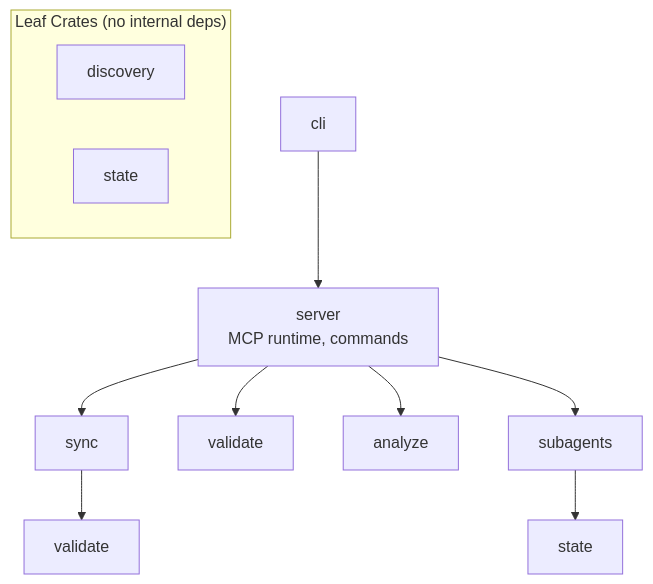
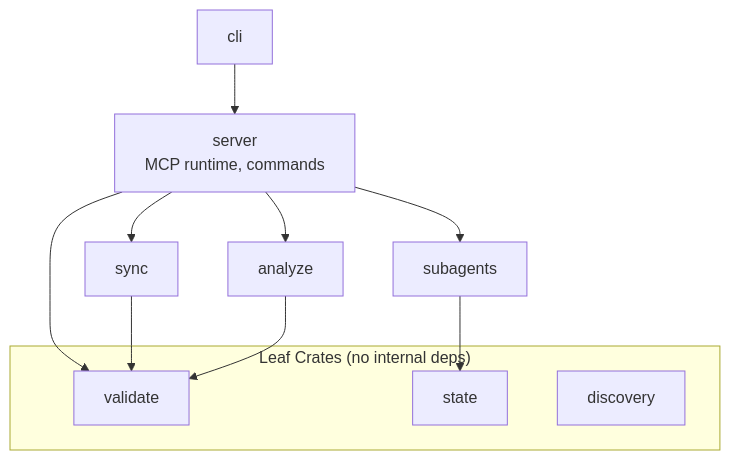
The second of 2 diagrams in docs/architecture.md (athola/skrills), drawn with Mermaid before and after one commit. The commit also changed other lines of this file and 36 other files, not shown here.

````diff
--- a/docs/architecture.md
+++ b/docs/architecture.md
@@ -22,15 +22,17 @@
 ```mermaid
 graph TD
     cli[cli] --> server[server<br/>MCP runtime, commands]
     server --> sync[sync]
     server --> validate[validate]
     server --> analyze[analyze]
     server --> subagents[subagents]
-    sync --> validate2[validate]
+    sync --> validate
+    analyze --> validate
     subagents --> state[state]
 
     subgraph leaf["Leaf Crates (no internal deps)"]
         discovery[discovery]
-        state2[state]
+        state
+        validate
     end
 ```
````
